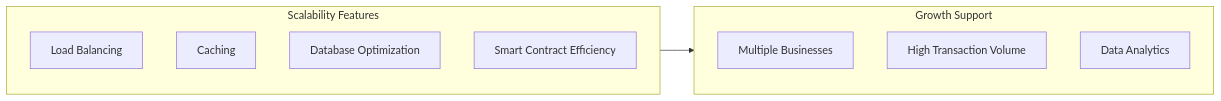
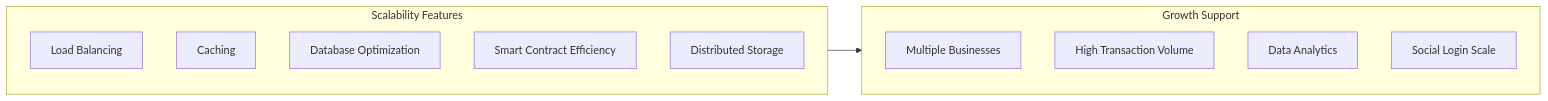
One commit to JulioMCruz/Infinity changed the eighth of 8 diagrams in ARCHITECTURE.md. Above: the diagram before and after it, drawn with Mermaid. The commit also changed other lines of this file and 3 other files, not shown here.

````diff
--- a/ARCHITECTURE.md
+++ b/ARCHITECTURE.md
@@ -188,17 +225,19 @@
 ```mermaid
 graph LR
     subgraph Scale["Scalability Features"]
         A[Load Balancing]
         B[Caching]
         C[Database Optimization]
         D[Smart Contract Efficiency]
+        E[Distributed Storage]
     end
 
     subgraph Growth["Growth Support"]
-        E[Multiple Businesses]
-        F[High Transaction Volume]
-        G[Data Analytics]
+        F[Multiple Businesses]
+        G[High Transaction Volume]
+        H[Data Analytics]
+        I[Social Login Scale]
     end
 
     Scale --> Growth
 ```
````
